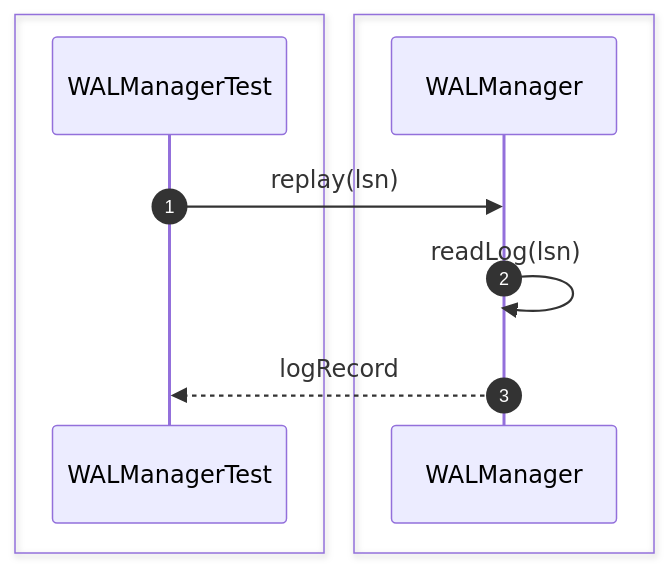
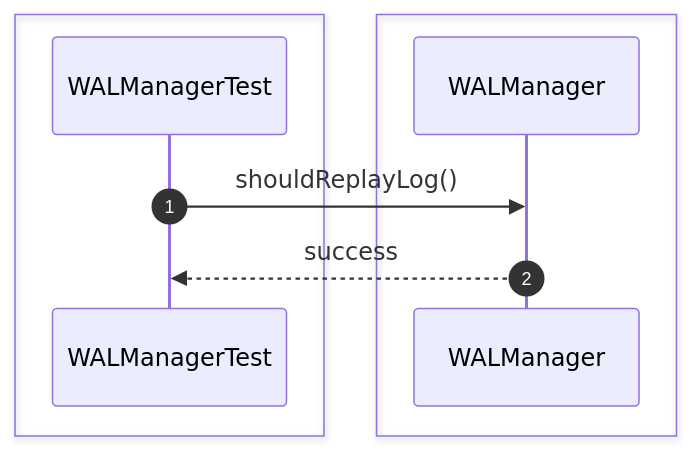
One commit to Huy1801214/dbms-architecture changed the third of 28 diagrams in src/sequence/recovery.md. Above: the diagram before and after it, drawn with Mermaid. The commit also changed other lines of this file and 68 other files, not shown here.

Commit message:
implement comprehensive unit test suite and architectural sequence documentation

````diff
--- a/src/sequence/recovery.md
+++ b/src/sequence/recovery.md
@@ -42,15 +36,13 @@
 ```mermaid
 sequenceDiagram
     autonumber
-
     box #e1f5fe Test Suite
     participant Test as WALManagerTest
     end
-    box #ffebee Recovery Components
-    participant WAL as WALManager
+    box #ffebee WALManager Component
+    participant WALM as WALManager
     end
 
-    Test->>WAL: replay(lsn)
-    WAL->>WAL: readLog(lsn)
-    WAL-->>Test: logRecord
+    Test->>WALM: shouldReplayLog()
+    WALM-->>Test: success
 ```
````
